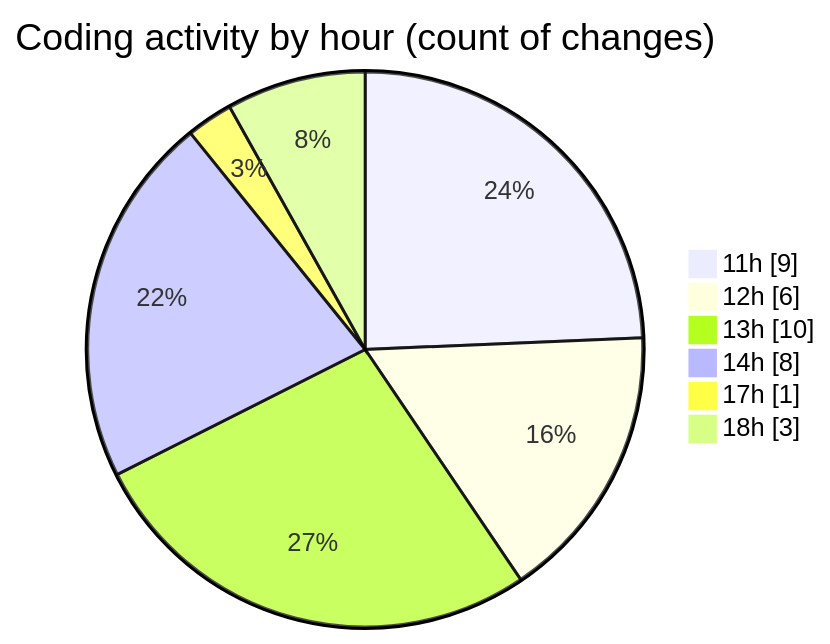
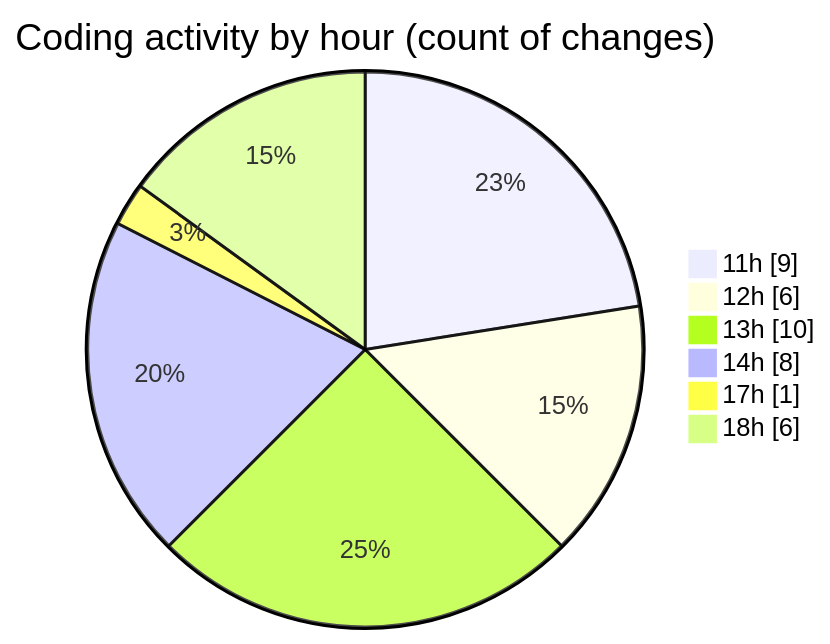
Before and after one commit to BS-eng2023/code-tracking: the second of 2 diagrams in 2025-05-08/recipe-app/README.md, drawn with Mermaid. The commit also changed other lines of this file and 1 other file, not shown here.

````diff
--- a/2025-05-08/recipe-app/README.md
+++ b/2025-05-08/recipe-app/README.md
@@ -34,10 +34,10 @@
 ```mermaid
 pie showData
 title Coding activity by hour (count of changes)
 "11h" : 9
 "12h" : 6
 "13h" : 10
 "14h" : 8
 "17h" : 1
-"18h" : 3
+"18h" : 6
 ```
````
